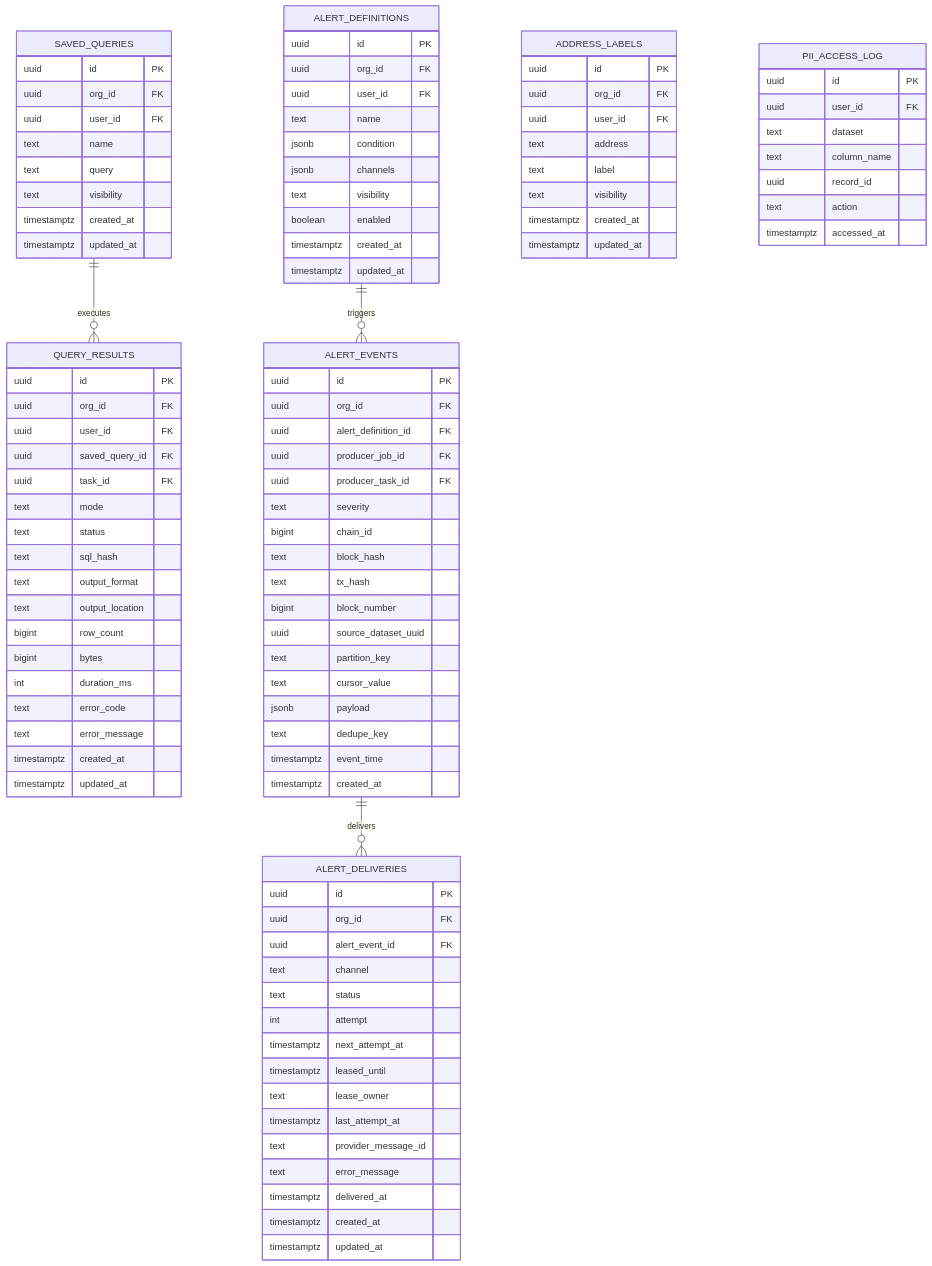
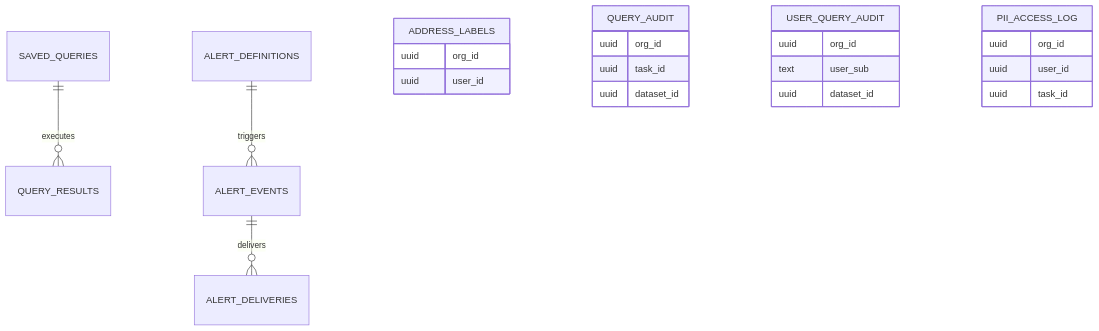
Before and after one commit to c7121/trace: the diagram in docs/architecture/data_model/erd_data.md, drawn with Mermaid. The commit also changed other lines of this file and 10 other files, not shown here.

````diff
--- a/docs/architecture/data_model/erd_data.md
+++ b/docs/architecture/data_model/erd_data.md
@@ -11,100 +14,24 @@
     ALERT_DEFINITIONS ||--o{ ALERT_EVENTS : triggers
     ALERT_EVENTS ||--o{ ALERT_DELIVERIES : delivers
 
+    %% Standalone tables - soft references to Postgres state
     ADDRESS_LABELS {
-        uuid id PK
-        uuid org_id FK
-        uuid user_id FK
-        text address
-        text label
-        text visibility
-        timestamptz created_at
-        timestamptz updated_at
+        uuid org_id
+        uuid user_id
     }
-    SAVED_QUERIES {
-        uuid id PK
-        uuid org_id FK
-        uuid user_id FK
-        text name
-        text query
-        text visibility
-        timestamptz created_at
-        timestamptz updated_at
+    QUERY_AUDIT {
+        uuid org_id
+        uuid task_id
+        uuid dataset_id
     }
-    QUERY_RESULTS {
-        uuid id PK
-        uuid org_id FK
-        uuid user_id FK
-        uuid saved_query_id FK
-        uuid task_id FK
-        text mode
-        text status
-        text sql_hash
-        text output_format
-        text output_location
-        bigint row_count
-        bigint bytes
-        int duration_ms
-        text error_code
-        text error_message
-        timestamptz created_at
-        timestamptz updated_at
-    }
-    ALERT_DEFINITIONS {
-        uuid id PK
-        uuid org_id FK
-        uuid user_id FK
-        text name
-        jsonb condition
-        jsonb channels
-        text visibility
-        boolean enabled
-        timestamptz created_at
-        timestamptz updated_at
-    }
-    ALERT_EVENTS {
-        uuid id PK
-        uuid org_id FK
-        uuid alert_definition_id FK
-        uuid producer_job_id FK
-        uuid producer_task_id FK
-        text severity
-        bigint chain_id
-        text block_hash
-        text tx_hash
-        bigint block_number
-        uuid source_dataset_uuid
-        text partition_key
-        text cursor_value
-        jsonb payload
-        text dedupe_key
-        timestamptz event_time
-        timestamptz created_at
-    }
-    ALERT_DELIVERIES {
-        uuid id PK
-        uuid org_id FK
-        uuid alert_event_id FK
-        text channel
-        text status
-        int attempt
-        timestamptz next_attempt_at
-        timestamptz leased_until
-        text lease_owner
-        timestamptz last_attempt_at
-        text provider_message_id
-        text error_message
-        timestamptz delivered_at
-        timestamptz created_at
-        timestamptz updated_at
+    USER_QUERY_AUDIT {
+        uuid org_id
+        text user_sub
+        uuid dataset_id
     }
     PII_ACCESS_LOG {
-        uuid id PK
-        uuid user_id FK
-        text dataset
-        text column_name
-        uuid record_id
-        text action
-        timestamptz accessed_at
+        uuid org_id
+        uuid user_id
+        uuid task_id
     }
 ```
````
